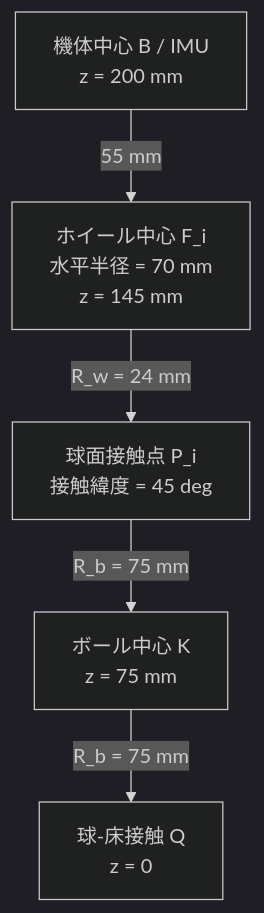
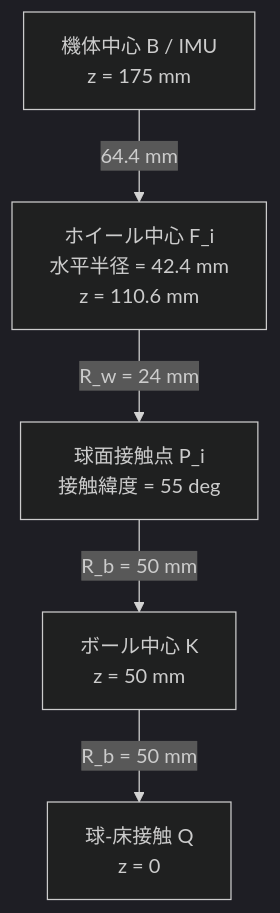
The second of 2 diagrams in specs/hardware_design/mechanism/ball_balancing_omnirover3wd/README.md (nenecchiCV/ball-balancing-omni-rover), drawn with Mermaid (dark theme) before and after one commit. The commit also changed other lines of this file and 129 other files, not shown here.

````diff
--- a/specs/hardware_design/mechanism/ball_balancing_omnirover3wd/README.md
+++ b/specs/hardware_design/mechanism/ball_balancing_omnirover3wd/README.md
@@ -67,12 +68,12 @@
 ```mermaid
 flowchart TB
-  B0[機体中心 B / IMU<br/>z = 200 mm]
-  F1[ホイール中心 F_i<br/>水平半径 = 70 mm<br/>z = 145 mm]
-  P[球面接触点 P_i<br/>接触緯度 = 45 deg]
-  K0[ボール中心 K<br/>z = 75 mm]
+  B0[機体中心 B / IMU<br/>z = 175 mm]
+  F1[ホイール中心 F_i<br/>水平半径 = 42.4 mm<br/>z = 110.6 mm]
+  P[球面接触点 P_i<br/>接触緯度 = 55 deg]
+  K0[ボール中心 K<br/>z = 50 mm]
   Q[球-床接触 Q<br/>z = 0]
-  B0 -->|55 mm| F1
+  B0 -->|64.4 mm| F1
   F1 -->|R_w = 24 mm| P
-  P -->|R_b = 75 mm| K0
-  K0 -->|R_b = 75 mm| Q
+  P -->|R_b = 50 mm| K0
+  K0 -->|R_b = 50 mm| Q
 ```
````
